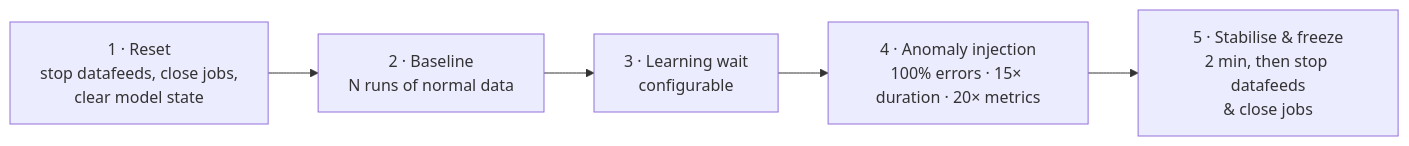
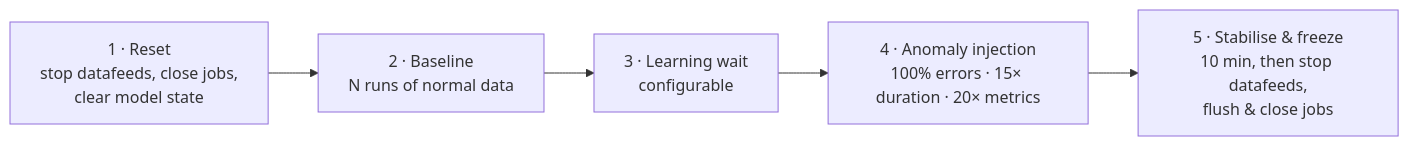
Before and after one commit to rkernutt/cloud-to-elastic-load-generator: the diagram in docs/ml-training-mode.md, drawn with Mermaid. The commit also changed other lines of this file and 1069 other files, not shown here.

First line of the commit message:
fix: flush ML jobs before closing to ensure anomaly scores are written

````diff
--- a/docs/ml-training-mode.md
+++ b/docs/ml-training-mode.md
@@ -7,8 +7,8 @@
 ```mermaid
 flowchart LR
     Reset[1 · Reset<br/>stop datafeeds, close jobs,<br/>clear model state] -->
     Baseline[2 · Baseline<br/>N runs of normal data] -->
     Wait[3 · Learning wait<br/>configurable] -->
     Inject[4 · Anomaly injection<br/>100% errors · 15× duration · 20× metrics] -->
-    Stabilise[5 · Stabilise & freeze<br/>2 min, then stop datafeeds<br/>& close jobs]
+    Stabilise[5 · Stabilise & freeze<br/>10 min, then stop datafeeds,<br/>flush & close jobs]
 ```
````
